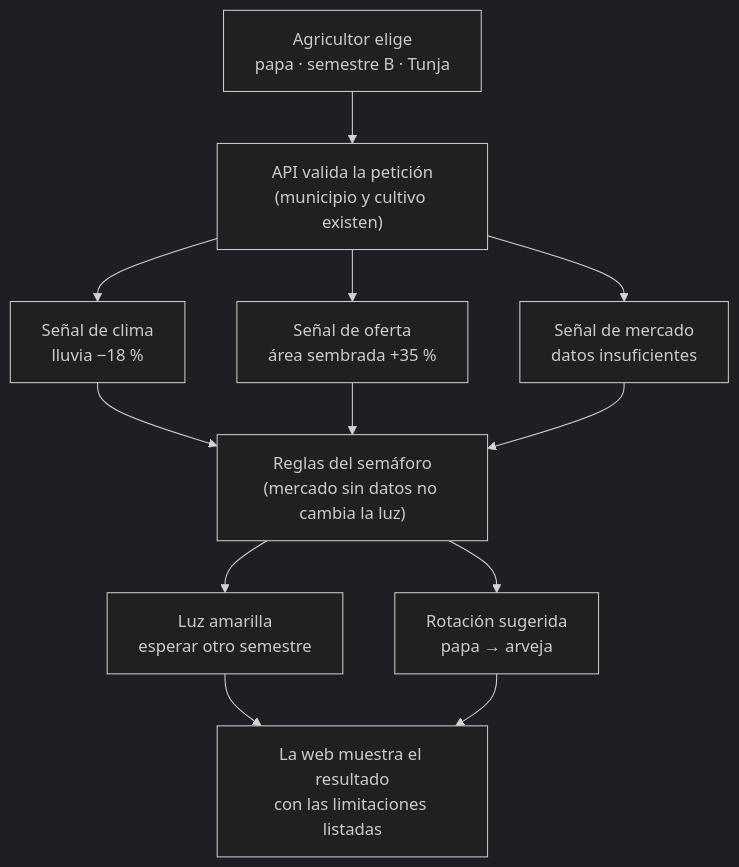
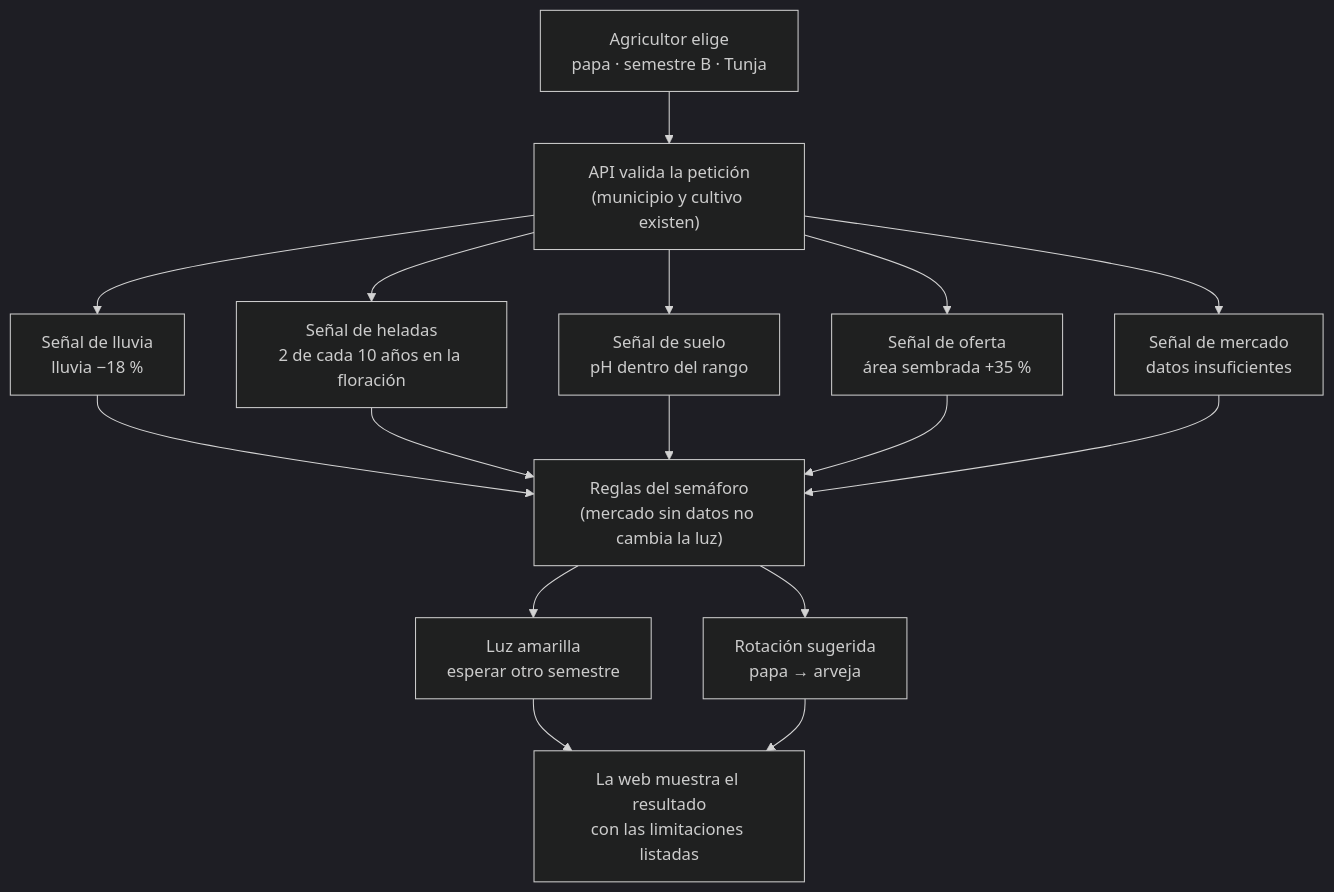
One commit to FelipeGo18/AgroSense changed the diagram in docs/flujo-de-decision.md. Above: the diagram before and after it, drawn with Mermaid (dark theme). The commit also changed other lines of this file and 34 other files, not shown here.

First line of the commit message:
docs: logs, trazabilidad, suelo, heladas y calendario del cultivo (HU-177, HU-178, EP-18, HU-077, HU-179)

````diff
--- a/docs/flujo-de-decision.md
+++ b/docs/flujo-de-decision.md
@@ -5,14 +5,18 @@
 ```mermaid
 flowchart TD
     A["Agricultor elige<br/>papa · semestre B · Tunja"] --> B["API valida la petición<br/>(municipio y cultivo existen)"]
-    B --> C["Señal de clima<br/>lluvia −18 %"]
+    B --> C["Señal de lluvia<br/>lluvia −18 %"]
+    B --> C2["Señal de heladas<br/>2 de cada 10 años en la floración"]
+    B --> C3["Señal de suelo<br/>pH dentro del rango"]
     B --> D["Señal de oferta<br/>área sembrada +35 %"]
     B --> E["Señal de mercado<br/>datos insuficientes"]
     C --> F["Reglas del semáforo<br/>(mercado sin datos no cambia la luz)"]
+    C2 --> F
+    C3 --> F
     D --> F
     E --> F
     F --> G["Luz amarilla<br/>esperar otro semestre"]
     F --> H["Rotación sugerida<br/>papa → arveja"]
     G --> I["La web muestra el resultado<br/>con las limitaciones listadas"]
     H --> I
 ```
````
